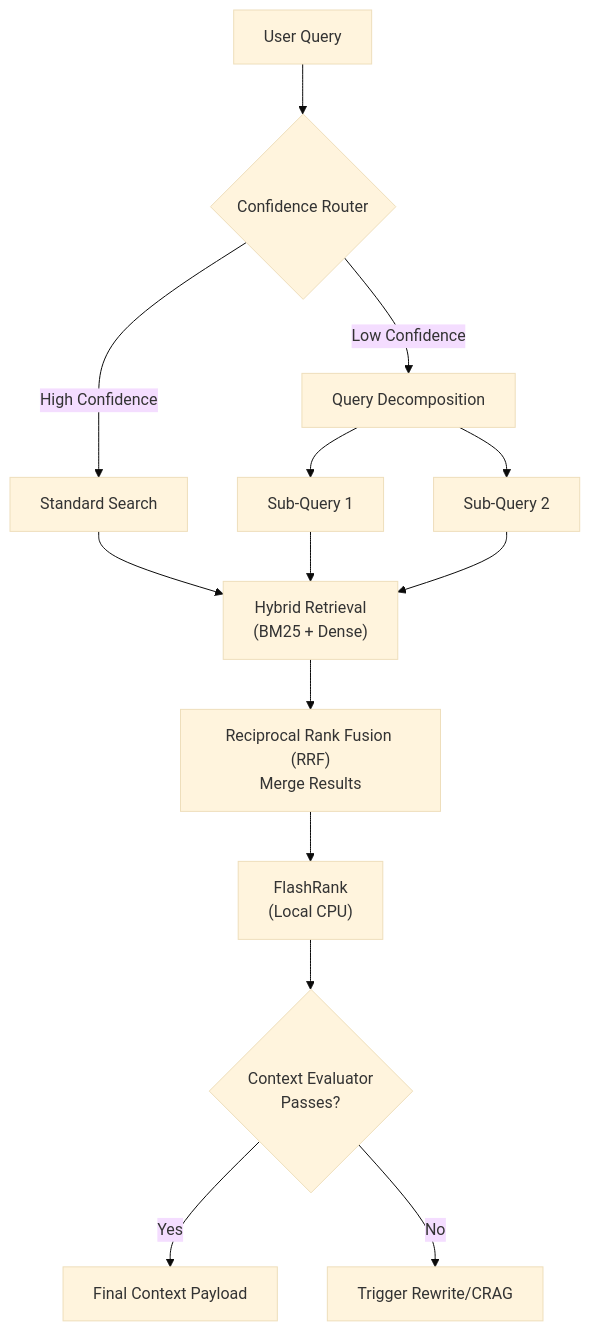
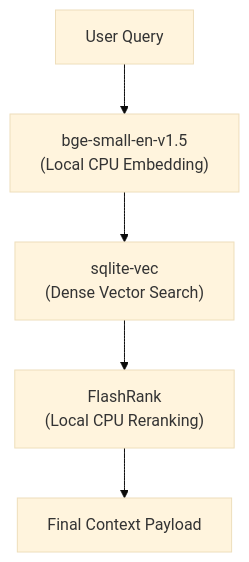
The fourth of 7 diagrams in rag_final_architecture_2026.md (dpsdagain/RAG), drawn with Mermaid (base theme) before and after one commit. The commit also changed other lines of this file and 5 other files, not shown here.

Commit message:
docs: V2 Elite Architecture refactor (remove LangGraph, enforce Local bge-small, multiprocessing ingestion)

````diff
--- a/rag_final_architecture_2026.md
+++ b/rag_final_architecture_2026.md
@@ -117,21 +105,10 @@
 ```mermaid
 graph TD
-    Query["User Query"] --> Router{"Confidence Router"}
+    Query["User Query"] --> Embed["bge-small-en-v1.5<br>(Local CPU Embedding)"]
     
-    Router -->|High Confidence| DirectSearch["Standard Search"]
-    Router -->|Low Confidence| Decomp["Query Decomposition"]
+    Embed --> VecDB["sqlite-vec<br>(Dense Vector Search)"]
     
-    Decomp --> SubQ1["Sub-Query 1"]
-    Decomp --> SubQ2["Sub-Query 2"]
+    VecDB --> FlashRank["FlashRank<br>(Local CPU Reranking)"]
     
-    DirectSearch --> Hybrid["Hybrid Retrieval<br>(BM25 + Dense)"]
-    SubQ1 --> Hybrid
-    SubQ2 --> Hybrid
-    
-    Hybrid --> RRF["Reciprocal Rank Fusion (RRF)<br>Merge Results"]
-    RRF --> FlashRankRerank["FlashRank<br>(Local CPU)"]
-    FlashRankRerank --> Evaluator{"Context Evaluator<br>Passes?"}
-    
-    Evaluator -->|Yes| Final["Final Context Payload"]
-    Evaluator -->|No| Fallback["Trigger Rewrite/CRAG"]
+    FlashRank --> Final["Final Context Payload"]
 ```
````
